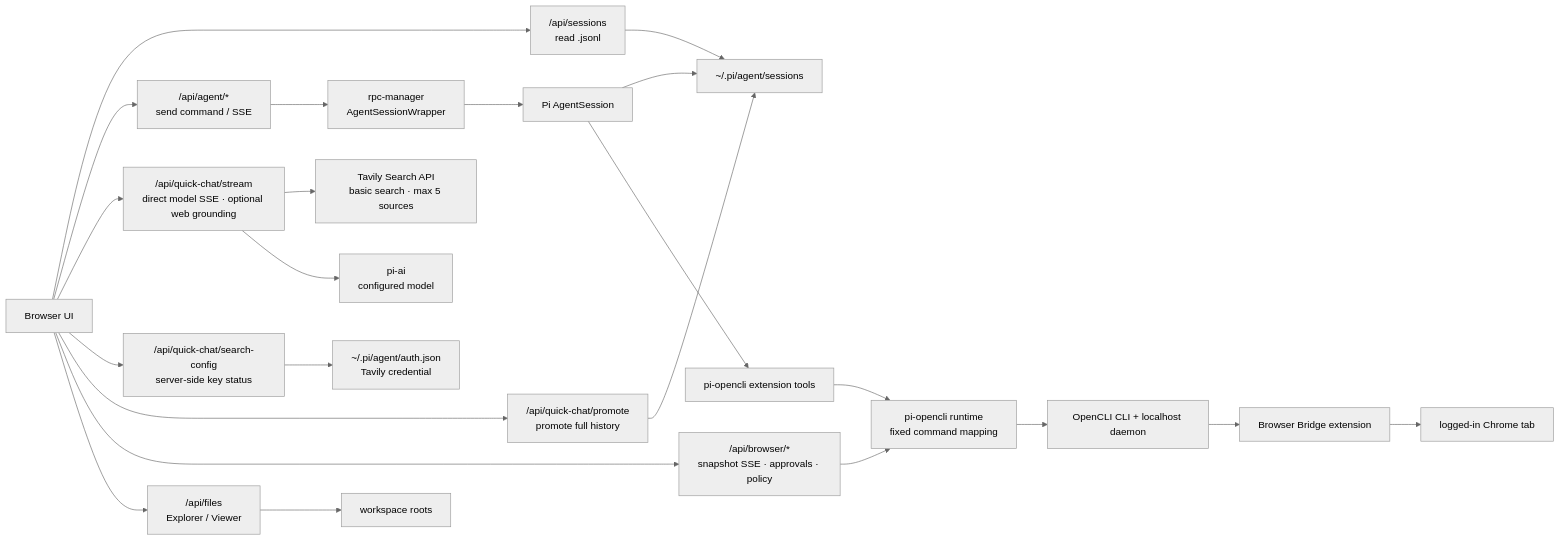
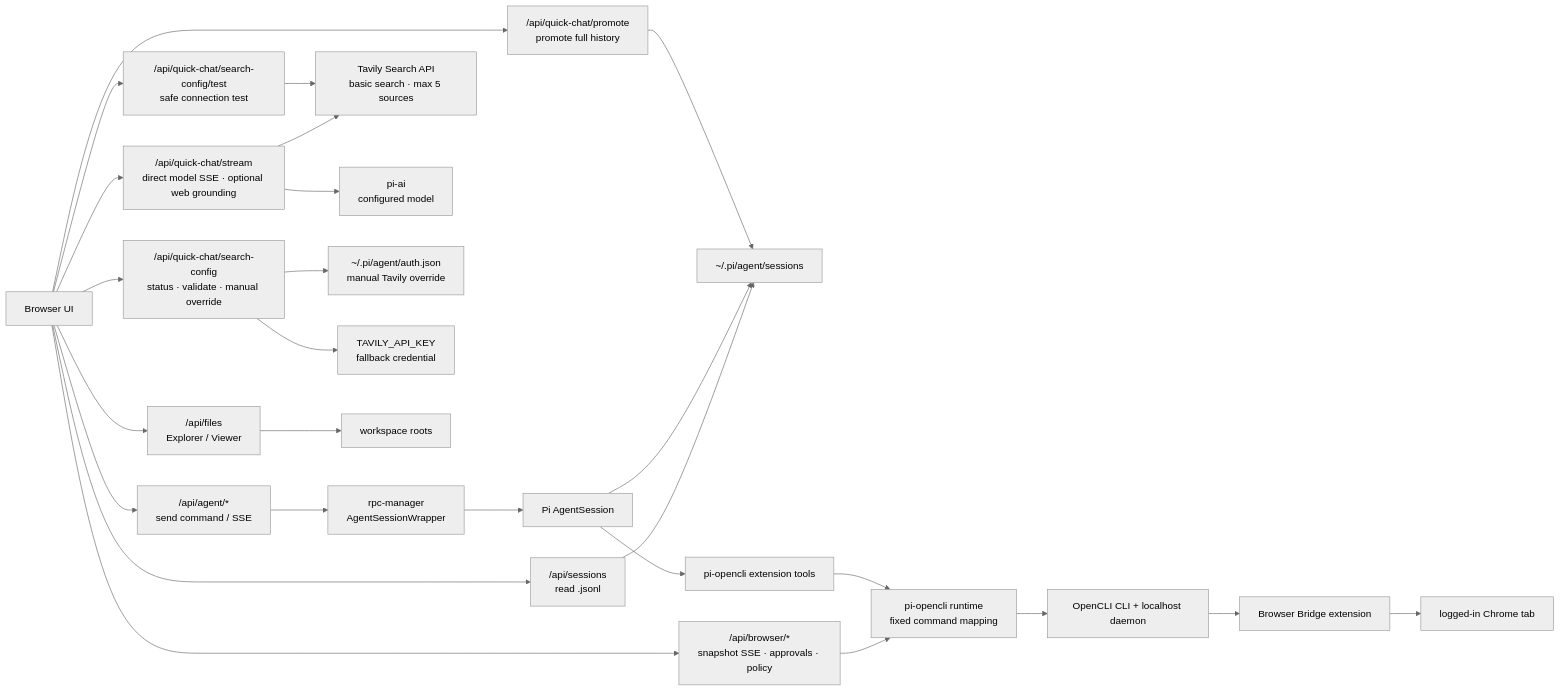
Before and after one commit to linky-fan/pi-web-seeker: the diagram in README.md, drawn with Mermaid (neutral theme). The commit also changed other lines of this file and 7 other files, not shown here.

Commit message:
fix: allow quick chat Tavily override

````diff
--- a/README.md
+++ b/README.md
@@ -150,25 +150,28 @@
 ```mermaid
 flowchart LR
   Browser["Browser UI"] --> SessionsApi["/api/sessions<br/>read .jsonl"]
   Browser --> AgentApi["/api/agent/*<br/>send command / SSE"]
   SessionsApi --> SessionFiles["~/.pi/agent/sessions"]
   AgentApi --> RpcManager["rpc-manager<br/>AgentSessionWrapper"]
   RpcManager --> PiAgent["Pi AgentSession"]
   PiAgent --> SessionFiles
   Browser --> QuickChatApi["/api/quick-chat/stream<br/>direct model SSE · optional web grounding"]
   QuickChatApi --> Tavily["Tavily Search API<br/>basic search · max 5 sources"]
   QuickChatApi --> ConfiguredModel["pi-ai<br/>configured model"]
-  Browser --> QuickChatSearchConfig["/api/quick-chat/search-config<br/>server-side key status"]
-  QuickChatSearchConfig --> AuthStore["~/.pi/agent/auth.json<br/>Tavily credential"]
+  Browser --> QuickChatSearchConfig["/api/quick-chat/search-config<br/>status · validate · manual override"]
+  Browser --> QuickChatSearchTest["/api/quick-chat/search-config/test<br/>safe connection test"]
+  QuickChatSearchConfig --> AuthStore["~/.pi/agent/auth.json<br/>manual Tavily override"]
+  QuickChatSearchConfig --> TavilyEnv["TAVILY_API_KEY<br/>fallback credential"]
+  QuickChatSearchTest --> Tavily
   Browser --> QuickChatPromote["/api/quick-chat/promote<br/>promote full history"]
   QuickChatPromote --> SessionFiles
   Browser --> BrowserApi["/api/browser/*<br/>snapshot SSE · approvals · policy"]
   BrowserApi --> OpenCliRuntime["pi-opencli runtime<br/>fixed command mapping"]
   PiAgent --> BrowserTools["pi-opencli extension tools"]
   BrowserTools --> OpenCliRuntime
   OpenCliRuntime --> OpenCli["OpenCLI CLI + localhost daemon"]
   OpenCli --> ChromeBridge["Browser Bridge extension"]
   ChromeBridge --> ControlledChrome["logged-in Chrome tab"]
   Browser --> FilesApi["/api/files<br/>Explorer / Viewer"]
   FilesApi --> Workspace["workspace roots"]
 ```
````
